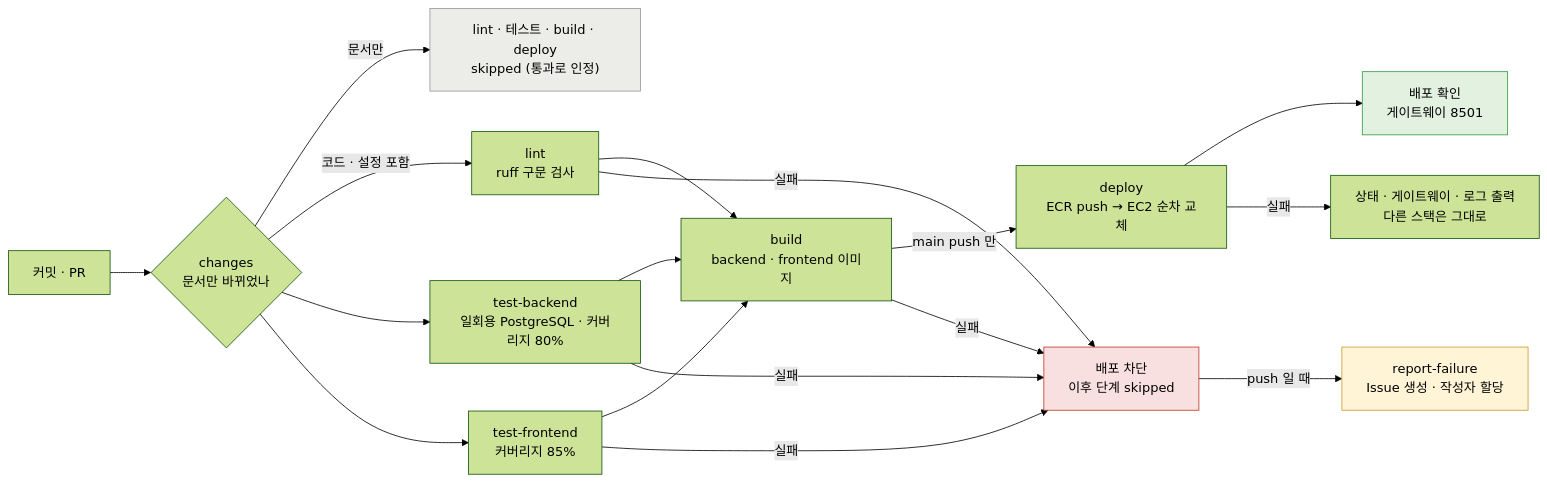
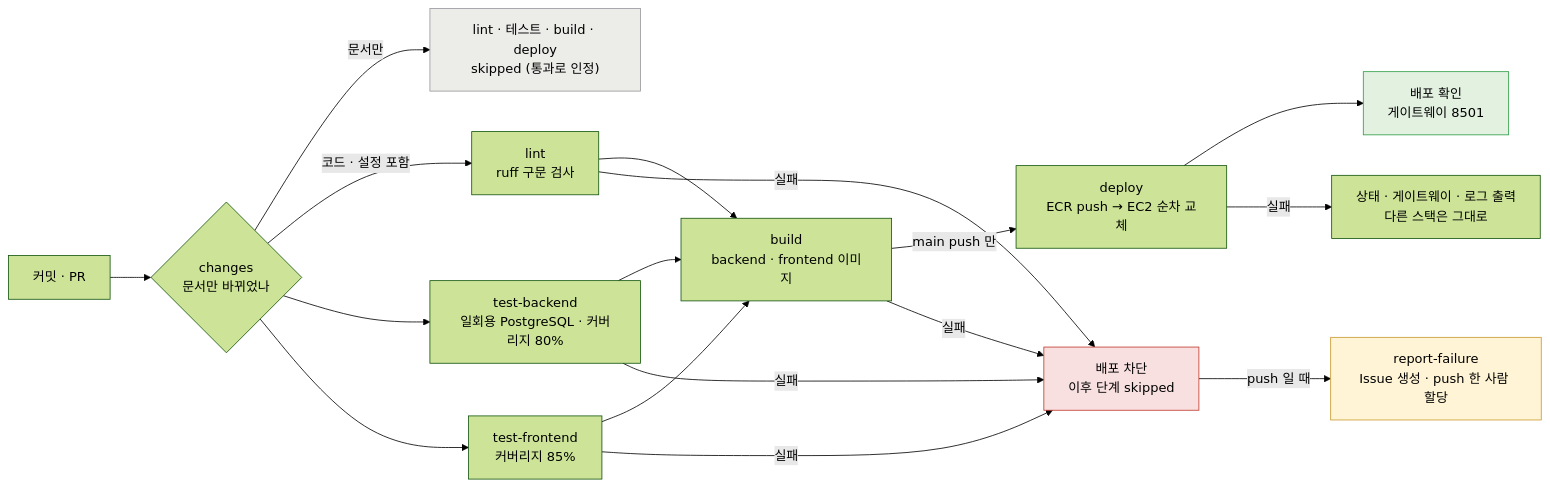
The first of 2 diagrams in docs/파이프라인_구현_결과_보고서.md (931njhthe-star/moa), drawn with Mermaid (forest theme) before and after one commit. The commit also changed other lines of this file and 4 other files, not shown here.

````diff
--- a/docs/파이프라인_구현_결과_보고서.md
+++ b/docs/파이프라인_구현_결과_보고서.md
@@ -27,25 +27,25 @@
 ```mermaid
 flowchart LR
     C["커밋 · PR"] --> CH{"changes<br/>문서만 바뀌었나"}
     CH -->|"문서만"| SK["lint · 테스트 · build · deploy<br/>skipped (통과로 인정)"]
     CH -->|"코드 · 설정 포함"| L["lint<br/>ruff 구문 검사"]
     CH --> TB["test-backend<br/>일회용 PostgreSQL · 커버리지 80%"]
     CH --> TF["test-frontend<br/>커버리지 85%"]
     L --> B["build<br/>backend · frontend 이미지"]
     TB --> B
     TF --> B
     B -->|"main push 만"| D["deploy<br/>ECR push → EC2 순차 교체"]
     D --> V["배포 확인<br/>게이트웨이 8501"]
 
     L -->|실패| X["배포 차단<br/>이후 단계 skipped"]
     TB -->|실패| X
     TF -->|실패| X
     B -->|실패| X
-    X -->|"push 일 때"| I["report-failure<br/>Issue 생성 · 작성자 할당"]
+    X -->|"push 일 때"| I["report-failure<br/>Issue 생성 · push 한 사람 할당"]
     D -->|실패| DL["상태 · 게이트웨이 · 로그 출력<br/>다른 스택은 그대로"]
 
     style X fill:#F8E0E0,stroke:#C0392B
     style I fill:#FFF4D6,stroke:#C99A2E
     style SK fill:#ECECE9,stroke:#97979D
     style V fill:#E3F1E1,stroke:#2E9E44
 ```
````
